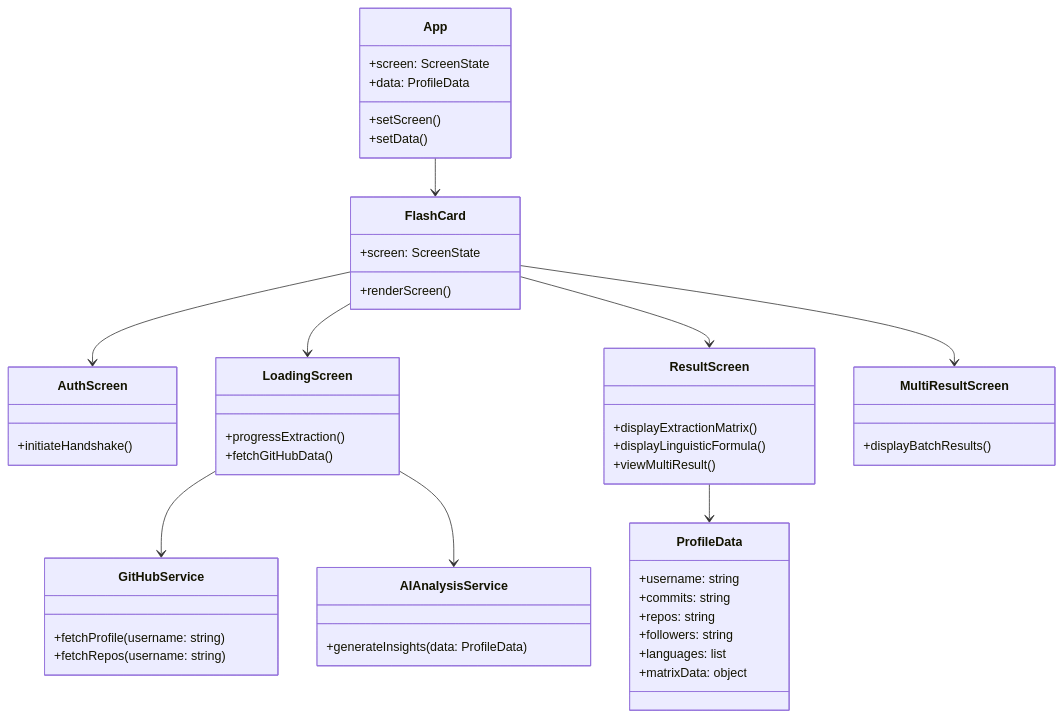
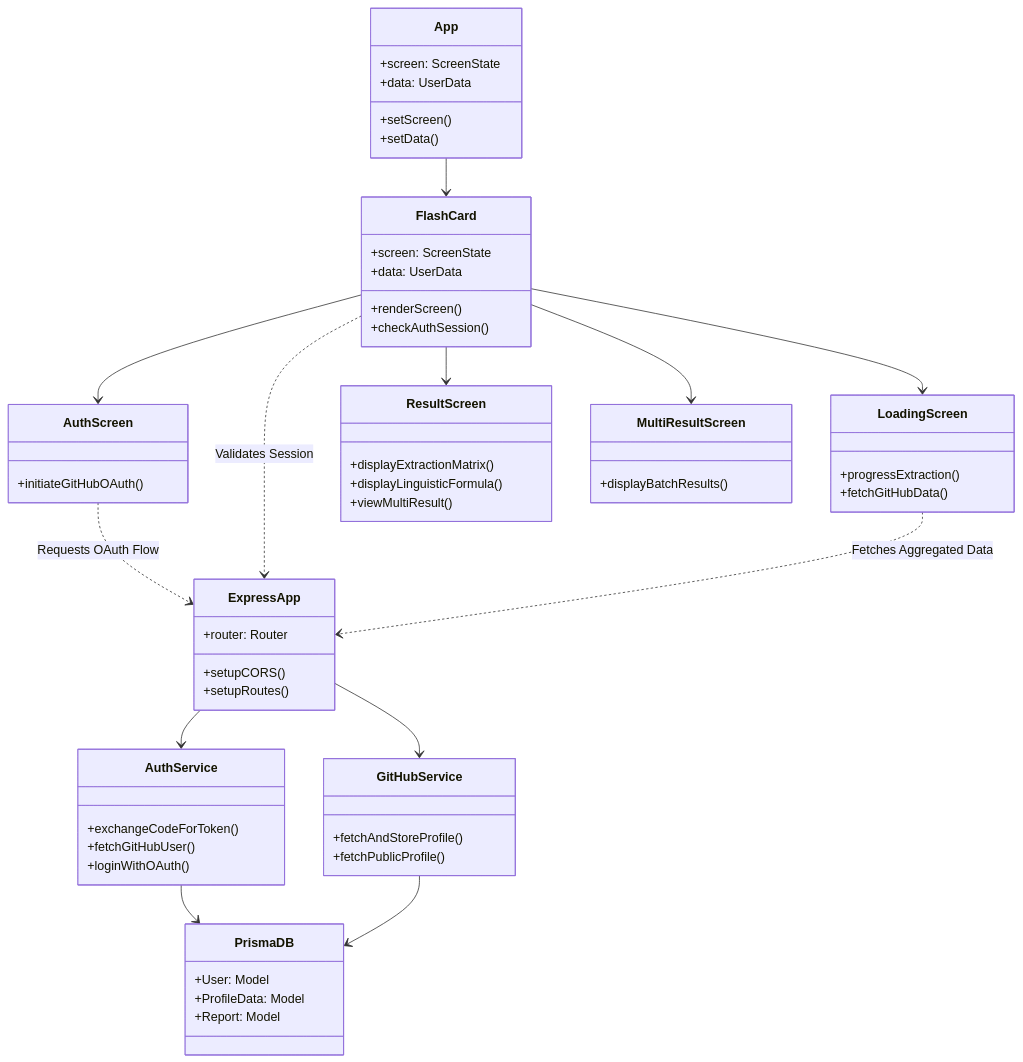
Before and after one commit to bhavish-codes/sesd-project-sem4: the diagram in classDiagram.md, drawn with Mermaid. The commit also changed 9 other files, not shown here.

````diff
--- a/classDiagram.md
+++ b/classDiagram.md
@@ -1,61 +1,76 @@
 ```mermaid
 classDiagram
 
+    %% Frontend Components
     class App {
         +screen: ScreenState
-        +data: ProfileData
+        +data: UserData
         +setScreen()
         +setData()
     }
 
     class FlashCard {
         +screen: ScreenState
+        +data: UserData
         +renderScreen()
+        +checkAuthSession()
     }
 
     class AuthScreen {
-        +initiateHandshake()
+        +initiateGitHubOAuth()
     }
 
     class LoadingScreen {
         +progressExtraction()
         +fetchGitHubData()
     }
 
     class ResultScreen {
         +displayExtractionMatrix()
         +displayLinguisticFormula()
         +viewMultiResult()
     }
 
     class MultiResultScreen {
         +displayBatchResults()
     }
 
-    class GitHubService {
-        +fetchProfile(username: string)
-        +fetchRepos(username: string)
+    %% Backend Services
+    class ExpressApp {
+        +router: Router
+        +setupCORS()
+        +setupRoutes()
     }
 
-    class AIAnalysisService {
-        +generateInsights(data: ProfileData)
+    class AuthService {
+        +exchangeCodeForToken()
+        +fetchGitHubUser()
+        +loginWithOAuth()
     }
 
-    class ProfileData {
-        +username: string
-        +commits: string
-        +repos: string
-        +followers: string
-        +languages: list
-        +matrixData: object
+    class GitHubService {
+        +fetchAndStoreProfile()
+        +fetchPublicProfile()
+    }
+
+    class PrismaDB {
+        +User: Model
+        +ProfileData: Model
+        +Report: Model
     }
     
     App --> FlashCard
     FlashCard --> AuthScreen
     FlashCard --> LoadingScreen
     FlashCard --> ResultScreen
     FlashCard --> MultiResultScreen
-    LoadingScreen --> GitHubService
-    LoadingScreen --> AIAnalysisService
-    ResultScreen --> ProfileData
+    
+    AuthScreen ..> ExpressApp : Requests OAuth Flow
+    FlashCard ..> ExpressApp : Validates Session
+    LoadingScreen ..> ExpressApp : Fetches Aggregated Data
+    
+    ExpressApp --> AuthService
+    ExpressApp --> GitHubService
+    AuthService --> PrismaDB
+    GitHubService --> PrismaDB
 ```
````
